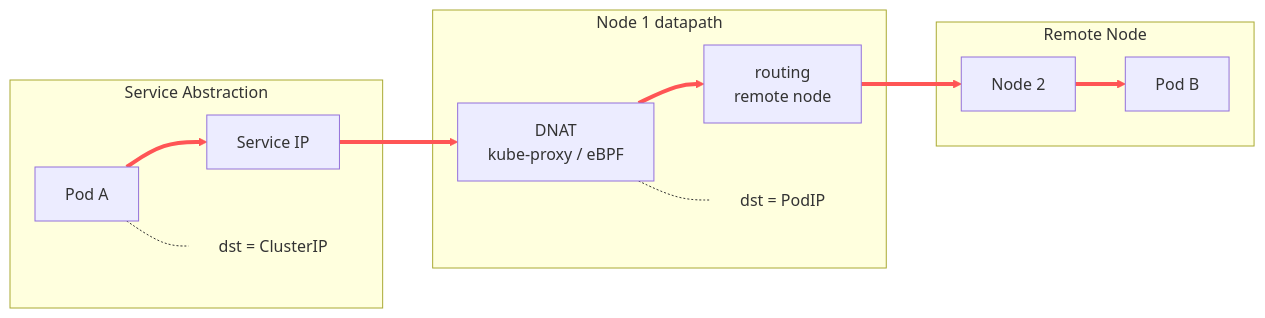
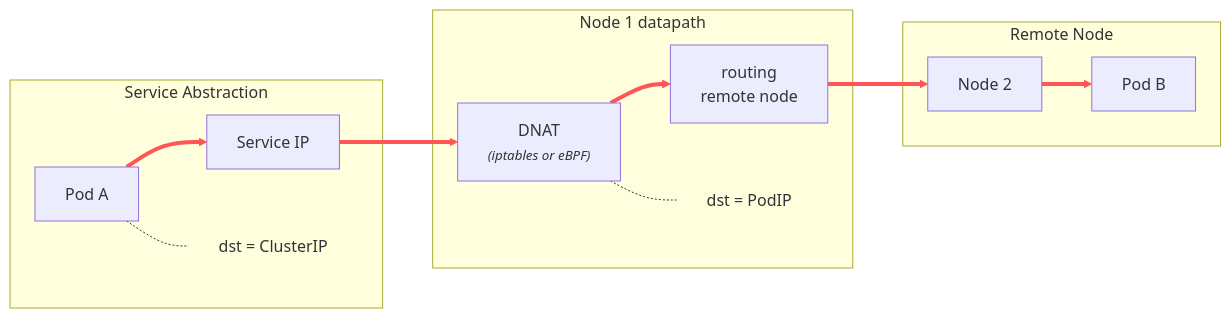
The tenth of 15 diagrams in _posts/2025-03-17-kubecon.md (SRodi/srodi.github.io), drawn with Mermaid before and after one commit. The commit also changed other lines of this file, not shown here.

Commit message:
kubecon diagrams submitted

````diff
--- a/_posts/2025-03-17-kubecon.md
+++ b/_posts/2025-03-17-kubecon.md
@@ -145,33 +198,33 @@
 ```mermaid
 graph LR
     subgraph Logical ["Service Abstraction"]
         S1[Pod A]
         S2[Service IP]
         lbl1[dst = ClusterIP]
     end
 
     subgraph NodeDatapath ["Node 1 datapath"]
-        S3[DNAT<br>kube-proxy / eBPF]
+        S3["DNAT<br><i><small>(iptables or eBPF)</small></i>"]
         S4[routing<br>remote node]
         lbl2[dst = PodIP]
     end
 
     subgraph PhysicalDestination ["Remote Node"]
         S5[Node 2]
         S6[Pod B]
     end
 
     S1 --> S2
     S2 --> S3
     S3 --> S4
     S4 --> S5
     S5 --> S6
 
     S1 -.- lbl1
     S3 -.- lbl2
 
     classDef plainLabel fill:none,stroke:none;
     class lbl1,lbl2 plainLabel;
     %% Highlight the packet flow
     linkStyle 0,1,2,3,4 stroke:#ff5555,stroke-width:4px;
 ```
````
